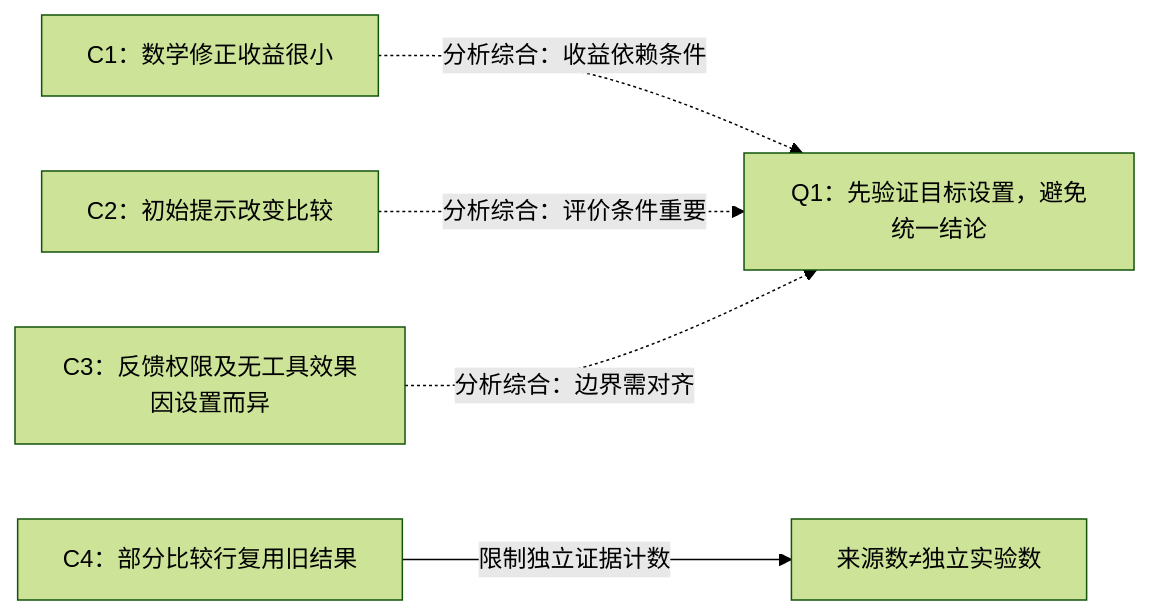
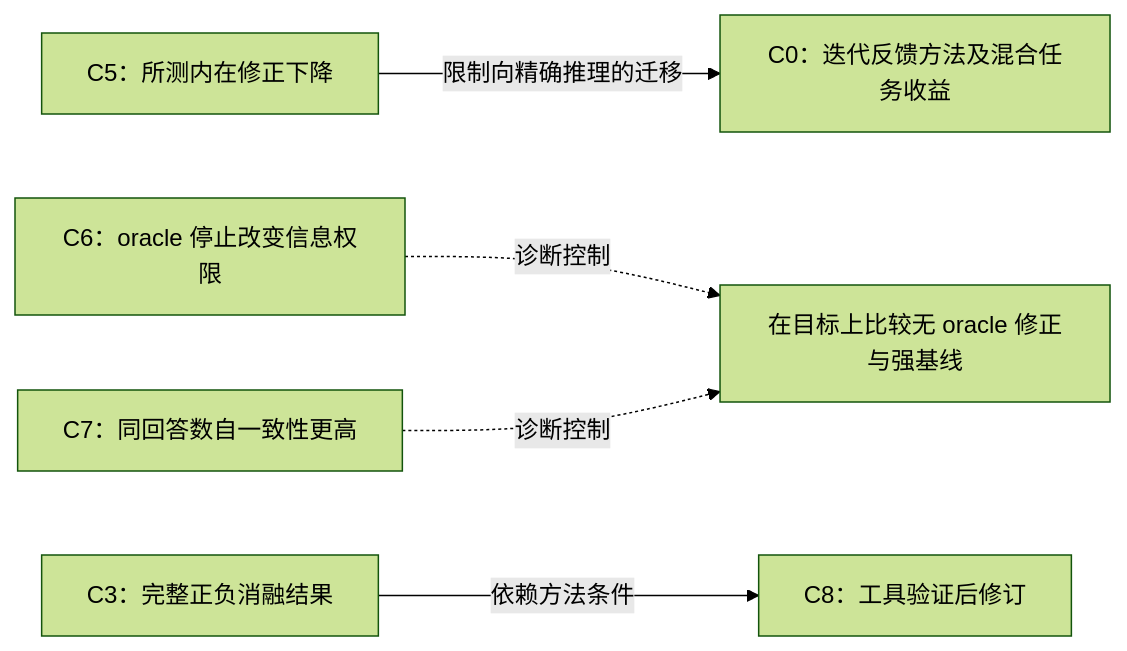
The diagram in examples/self-correction/report.md (NeuraLiying/research-weave-skill), drawn with Mermaid (forest theme) before and after one commit. The commit also changed other lines of this file and 26 other files, not shown here.

````diff
--- a/examples/self-correction/report.md
+++ b/examples/self-correction/report.md
@@ -21,7 +40,9 @@
 ```mermaid
 flowchart LR
-  C1["C1：数学修正收益很小"] -. "分析综合：收益依赖条件" .-> Q["Q1：先验证目标设置，避免统一结论"]
-  C2["C2：初始提示改变比较"] -. "分析综合：评价条件重要" .-> Q
-  C3["C3：反馈权限及无工具效果因设置而异"] -. "分析综合：边界需对齐" .-> Q
-  C4["C4：部分比较行复用旧结果"] -->|限制独立证据计数| COUNT["来源数≠独立实验数"]
+  C0["C0：迭代反馈方法及混合任务收益"]
+  C5["C5：所测内在修正下降"] -->|限制向精确推理的迁移| C0
+  C6["C6：oracle 停止改变信息权限"] -. "诊断控制" .-> D["在目标上比较无 oracle 修正与强基线"]
+  C7["C7：同回答数自一致性更高"] -. "诊断控制" .-> D
+  C8["C8：工具验证后修订"]
+  C3["C3：完整正负消融结果"] -->|依赖方法条件| C8
 ```
````
